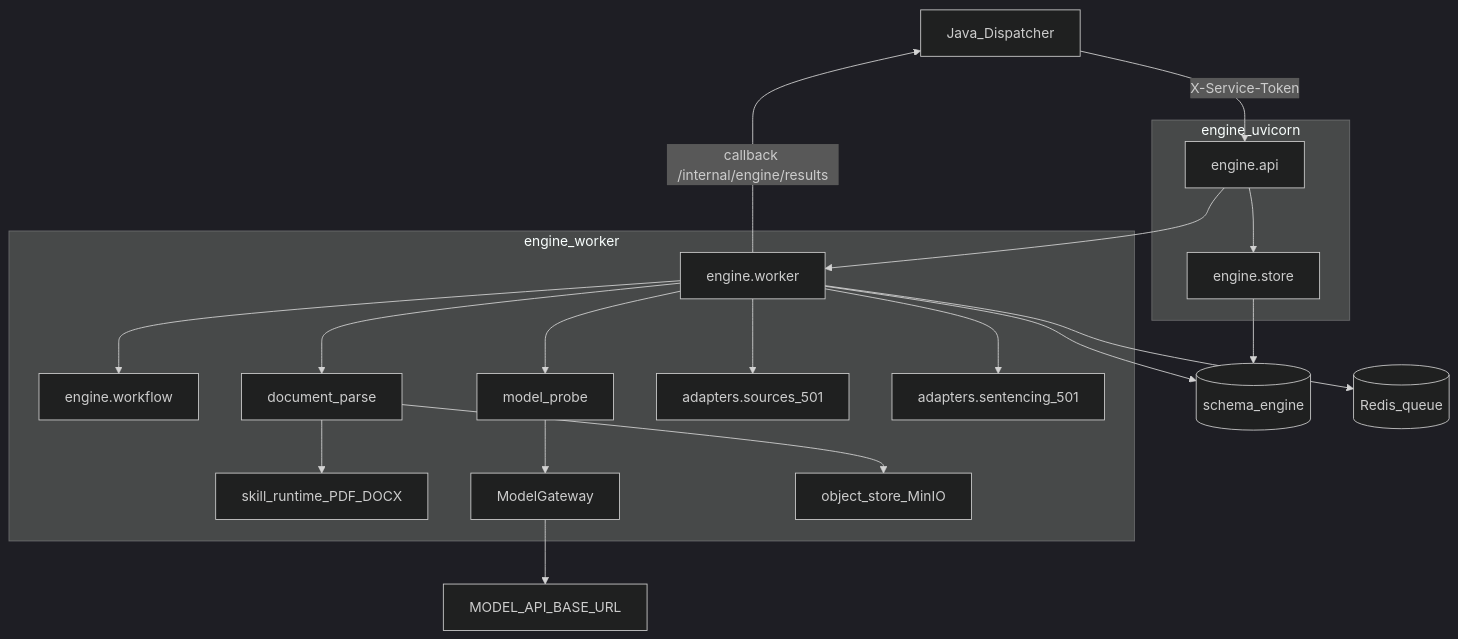
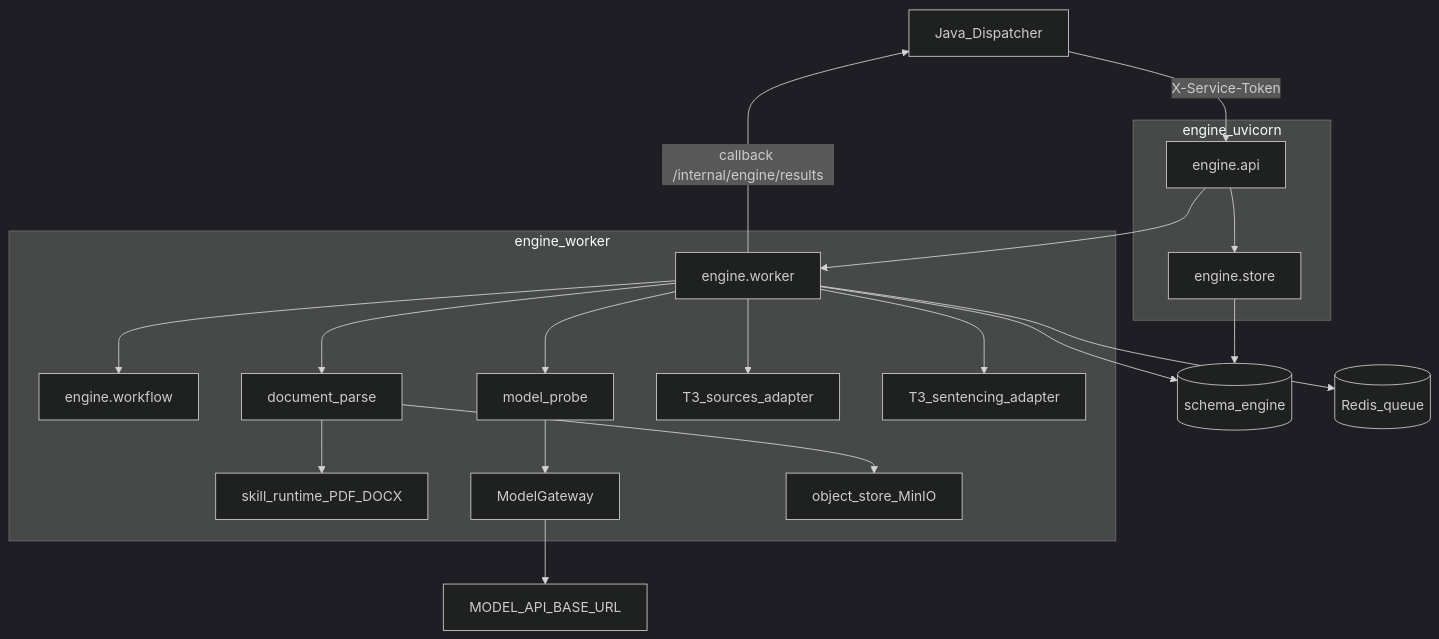
Before and after one commit to alanzhang66666/lexcyber: the third of 6 diagrams in docs/lexcyber-0.8.en.md, drawn with Mermaid (dark theme). The commit also changed other lines of this file and 530 other files, not shown here.

First line of the commit message:
feat(v1.3): lifecycle architecture — facts versioning, artifact publication, rule registry, module engines

````diff
--- a/docs/lexcyber-0.8.en.md
+++ b/docs/lexcyber-0.8.en.md
@@ -124,35 +130,35 @@
 ```mermaid
 flowchart TB
   Java2["Java_Dispatcher"]
   subgraph engineProc [engine_uvicorn]
     Api["engine.api"]
     StoreE["engine.store"]
   end
   subgraph workerProc [engine_worker]
     W["engine.worker"]
     Wf["engine.workflow"]
     Parse["document_parse"]
     Probe["model_probe"]
     Skills["skill_runtime_PDF_DOCX"]
-    SrcAd["adapters.sources_501"]
-    SenAd["adapters.sentencing_501"]
+    SrcAd["T3_sources_adapter"]
+    SenAd["T3_sentencing_adapter"]
     Gw["ModelGateway"]
     Obj["object_store_MinIO"]
   end
   Java2 -->|"X-Service-Token"| Api
   Api --> StoreE
   Api --> W
   W --> Wf
   W --> Parse
   W --> Probe
   Parse --> Skills
   Parse --> Obj
   Probe --> Gw
   W --> SrcAd
   W --> SenAd
   StoreE --> Pg2[("schema_engine")]
   W --> Pg2
   W --> Redis2[("Redis_queue")]
   Gw --> Ext["MODEL_API_BASE_URL"]
   W -->|"callback /internal/engine/results"| Java2
 ```
````
